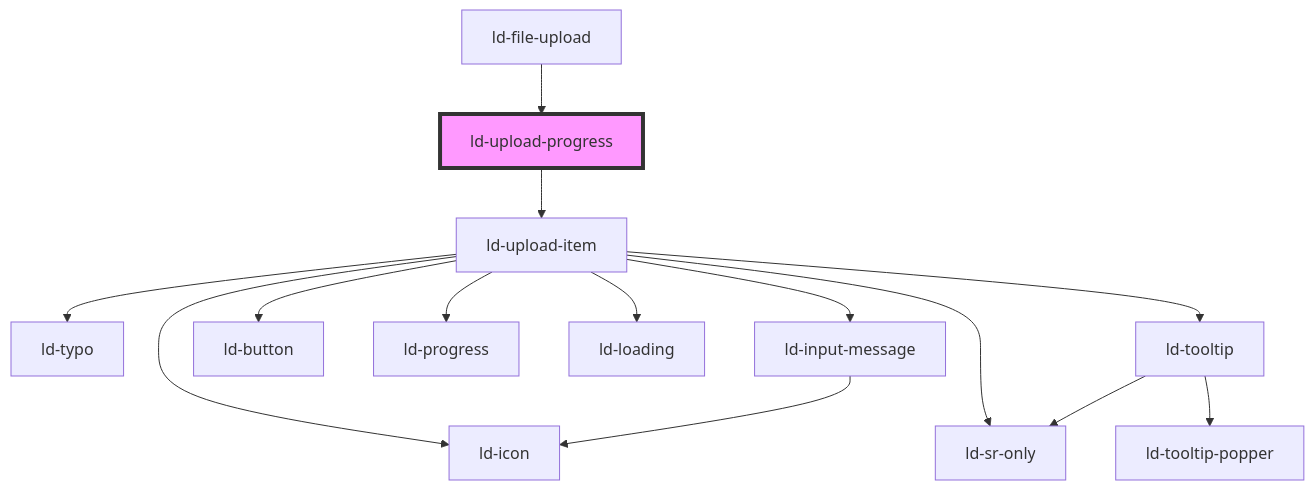
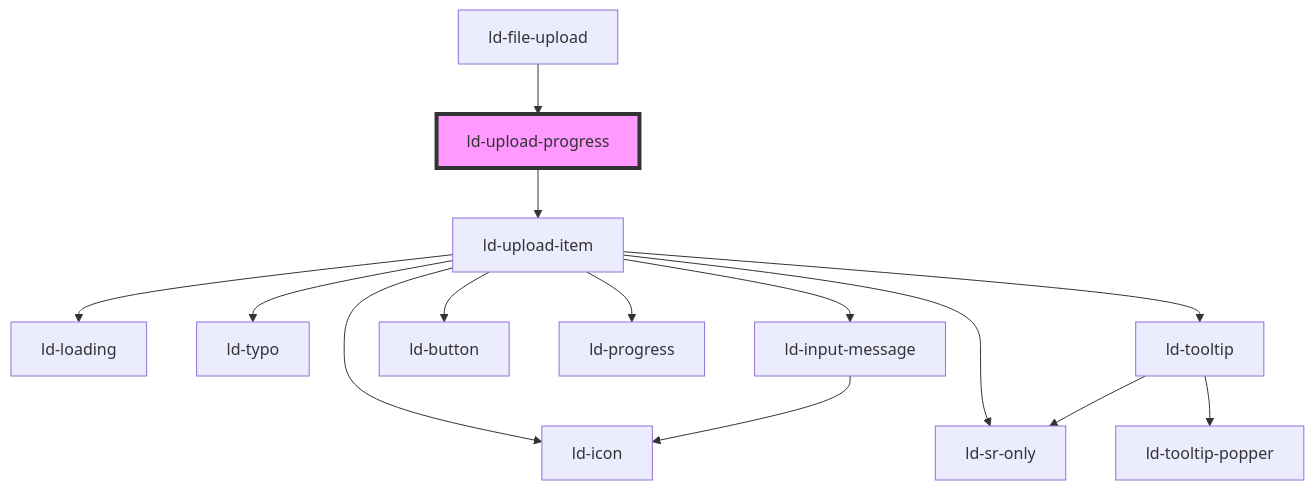
The diagram in src/liquid/components/ld-file-upload/ld-upload-progress/readme.md (emdgroup-liquid/liquid), drawn with Mermaid before and after one commit. The commit also changed other lines of this file and 12 other files, not shown here.

````diff
--- a/src/liquid/components/ld-file-upload/ld-upload-progress/readme.md
+++ b/src/liquid/components/ld-file-upload/ld-upload-progress/readme.md
@@ -46,17 +45,17 @@
 ```mermaid
 graph TD;
   ld-upload-progress --> ld-upload-item
   ld-upload-item --> ld-icon
+  ld-upload-item --> ld-loading
   ld-upload-item --> ld-typo
   ld-upload-item --> ld-tooltip
   ld-upload-item --> ld-button
   ld-upload-item --> ld-sr-only
   ld-upload-item --> ld-progress
-  ld-upload-item --> ld-loading
   ld-upload-item --> ld-input-message
   ld-tooltip --> ld-sr-only
   ld-tooltip --> ld-tooltip-popper
   ld-input-message --> ld-icon
   ld-file-upload --> ld-upload-progress
   style ld-upload-progress fill:#f9f,stroke:#333,stroke-width:4px
 ```
````
